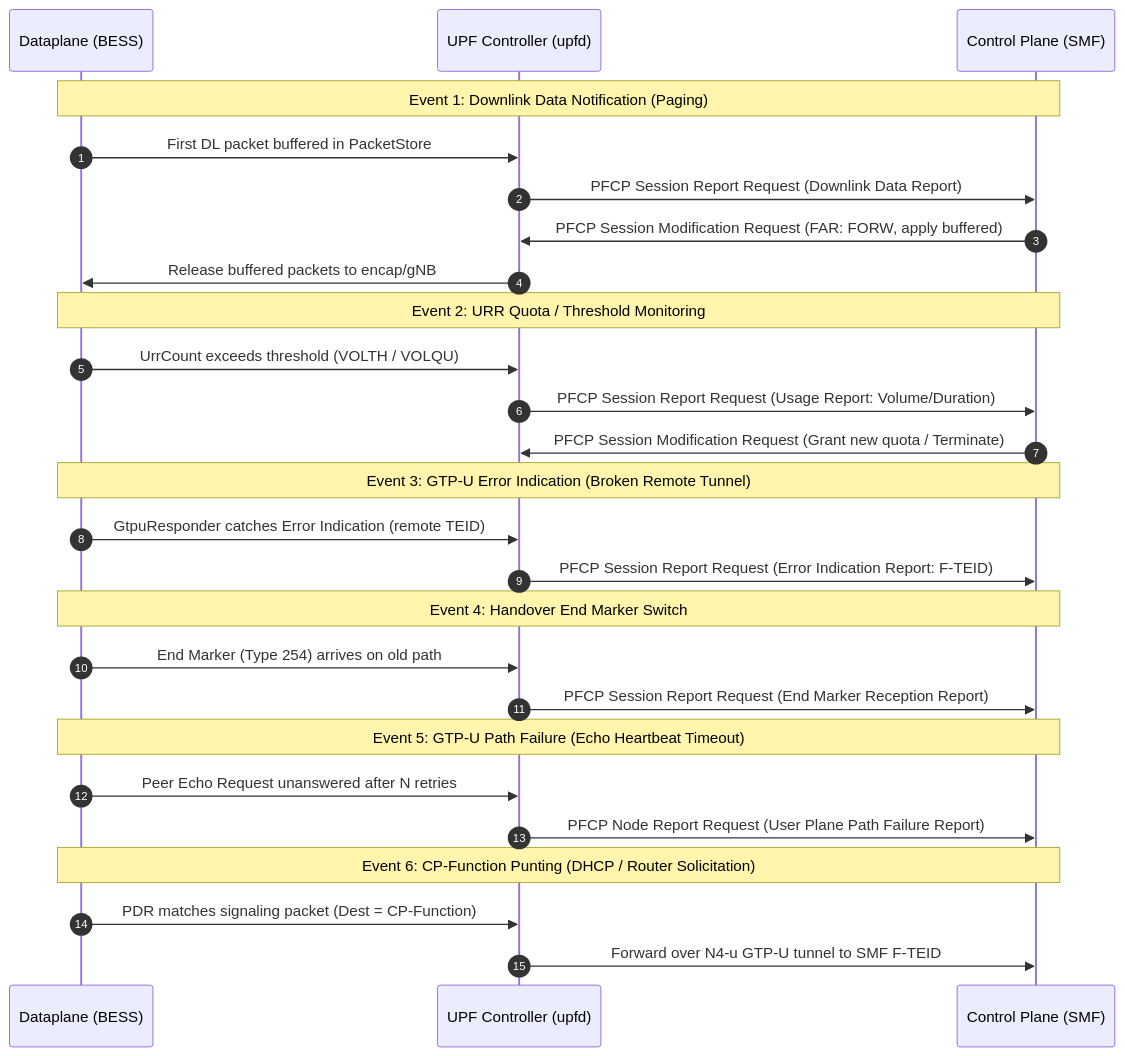
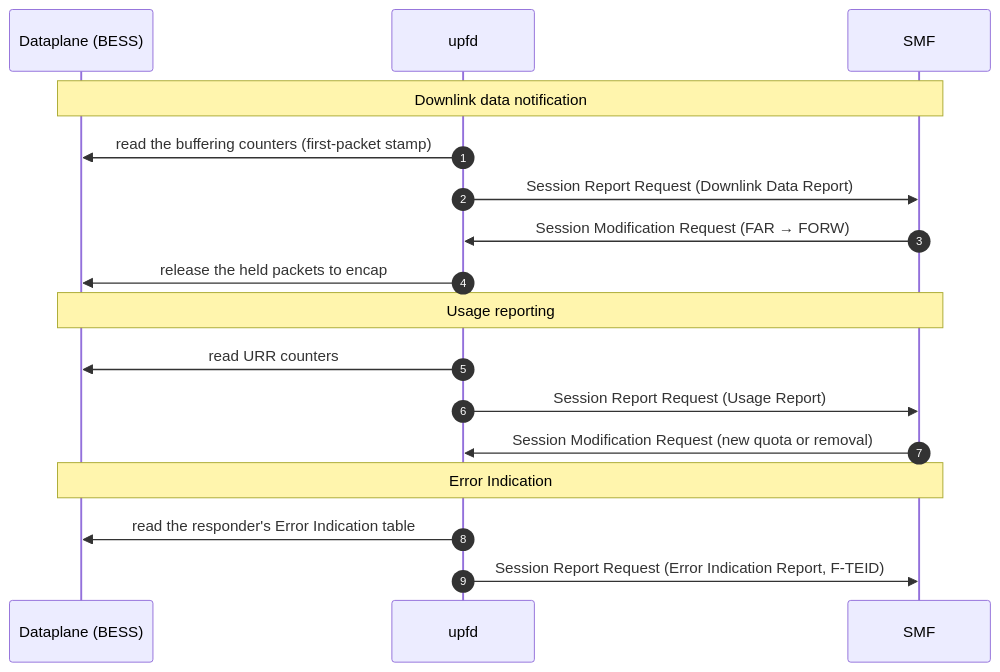
The third of 5 diagrams in docs/design.md (krsna1729/upf), drawn with Mermaid before and after one commit. The commit also changed other lines of this file, not shown here.

First line of the commit message:
docs: the reporting diagrams show only the three reports upfd sends

````diff
--- a/docs/design.md
+++ b/docs/design.md
@@ -108,34 +75,22 @@
 ```mermaid
 sequenceDiagram
     autonumber
     participant DP as Dataplane (BESS)
-    participant UPFD as UPF Controller (upfd)
-    participant SMF as Control Plane (SMF)
+    participant UPFD as upfd
+    participant SMF as SMF
 
-    Note over DP,SMF: Event 1: Downlink Data Notification (Paging)
-    DP->>UPFD: First DL packet buffered in PacketStore
-    UPFD->>SMF: PFCP Session Report Request (Downlink Data Report)
-    SMF->>UPFD: PFCP Session Modification Request (FAR: FORW, apply buffered)
-    UPFD->>DP: Release buffered packets to encap/gNB
+    Note over DP,SMF: Downlink data notification
+    UPFD->>DP: read the buffering counters (first-packet stamp)
+    UPFD->>SMF: Session Report Request (Downlink Data Report)
+    SMF->>UPFD: Session Modification Request (FAR → FORW)
+    UPFD->>DP: release the held packets to encap
 
-    Note over DP,SMF: Event 2: URR Quota / Threshold Monitoring
-    DP->>UPFD: UrrCount exceeds threshold (VOLTH / VOLQU)
-    UPFD->>SMF: PFCP Session Report Request (Usage Report: Volume/Duration)
-    SMF->>UPFD: PFCP Session Modification Request (Grant new quota / Terminate)
+    Note over DP,SMF: Usage reporting
+    UPFD->>DP: read URR counters
+    UPFD->>SMF: Session Report Request (Usage Report)
+    SMF->>UPFD: Session Modification Request (new quota or removal)
 
-    Note over DP,SMF: Event 3: GTP-U Error Indication (Broken Remote Tunnel)
-    DP->>UPFD: GtpuResponder catches Error Indication (remote TEID)
-    UPFD->>SMF: PFCP Session Report Request (Error Indication Report: F-TEID)
-
-    Note over DP,SMF: Event 4: Handover End Marker Switch
-    DP->>UPFD: End Marker (Type 254) arrives on old path
-    UPFD->>SMF: PFCP Session Report Request (End Marker Reception Report)
-
-    Note over DP,SMF: Event 5: GTP-U Path Failure (Echo Heartbeat Timeout)
-    DP->>UPFD: Peer Echo Request unanswered after N retries
-    UPFD->>SMF: PFCP Node Report Request (User Plane Path Failure Report)
-
-    Note over DP,SMF: Event 6: CP-Function Punting (DHCP / Router Solicitation)
-    DP->>UPFD: PDR matches signaling packet (Dest = CP-Function)
-    UPFD->>SMF: Forward over N4-u GTP-U tunnel to SMF F-TEID
+    Note over DP,SMF: Error Indication
+    UPFD->>DP: read the responder's Error Indication table
+    UPFD->>SMF: Session Report Request (Error Indication Report, F-TEID)
 ```
````
